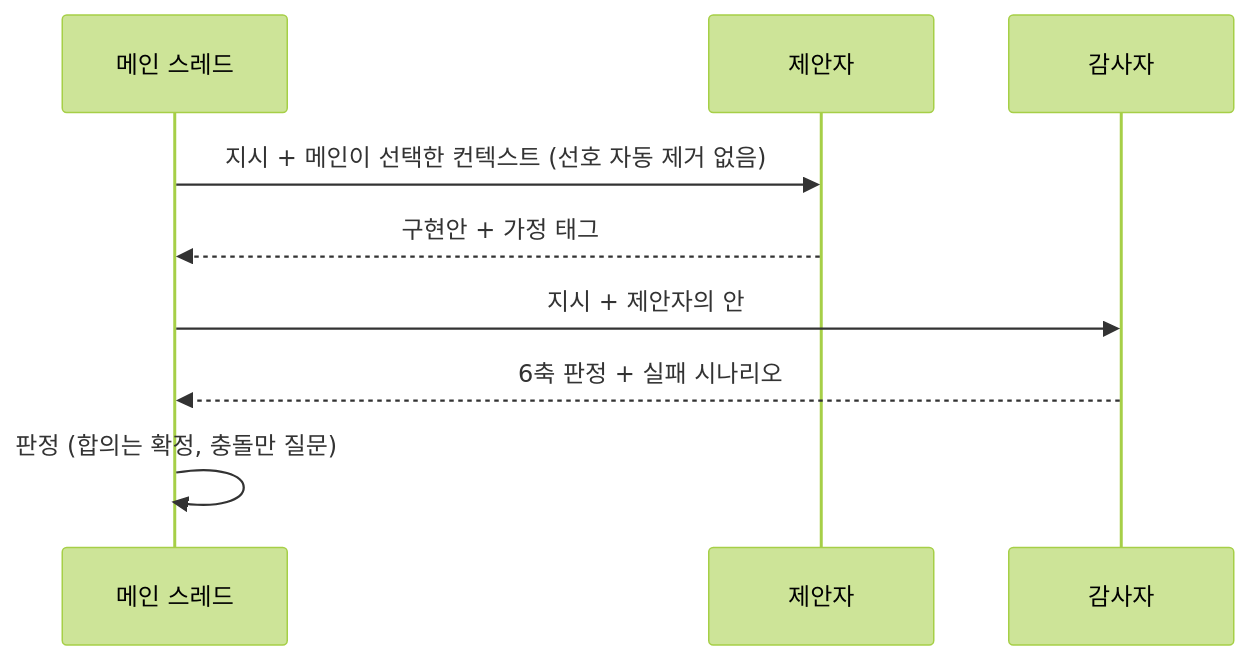
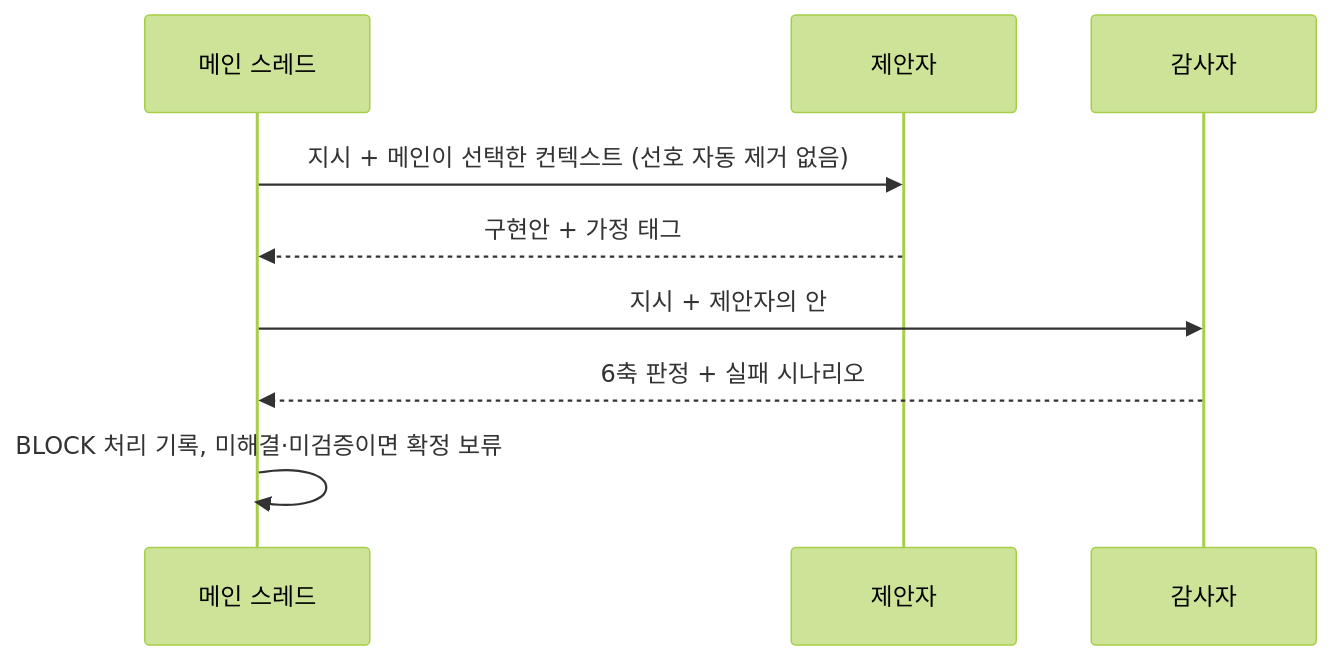
Before and after one commit to Ethualo/fight-skill: the first of 2 diagrams in readme.ko.md, drawn with Mermaid (forest theme). The commit also changed other lines of this file and 14 other files, not shown here.

````diff
--- a/readme.ko.md
+++ b/readme.ko.md
@@ -79,11 +79,11 @@
 ```mermaid
 sequenceDiagram
     participant M as 메인 스레드
     participant P as 제안자
     participant A as 감사자
     M->>P: 지시 + 메인이 선택한 컨텍스트 (선호 자동 제거 없음)
     P-->>M: 구현안 + 가정 태그
     M->>A: 지시 + 제안자의 안
     A-->>M: 6축 판정 + 실패 시나리오
-    M->>M: 판정 (합의는 확정, 충돌만 질문)
+    M->>M: BLOCK 처리 기록, 미해결·미검증이면 확정 보류
 ```
````
